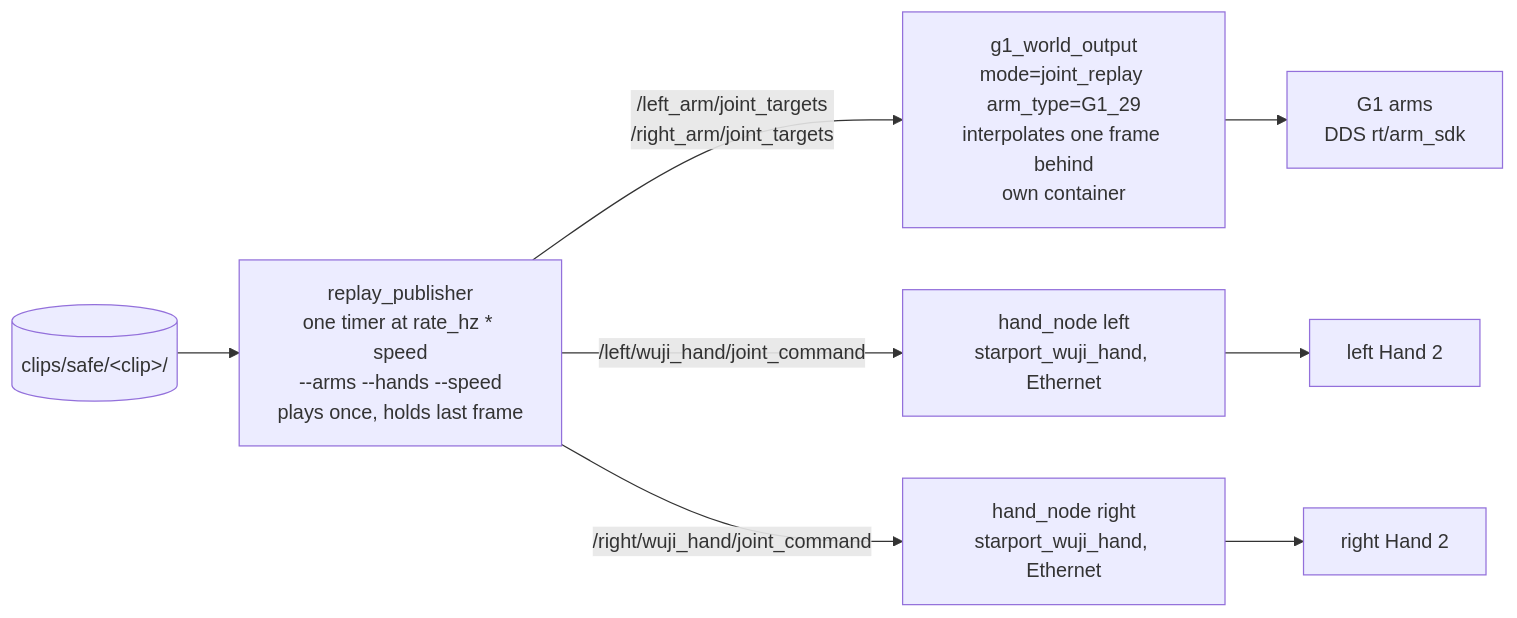
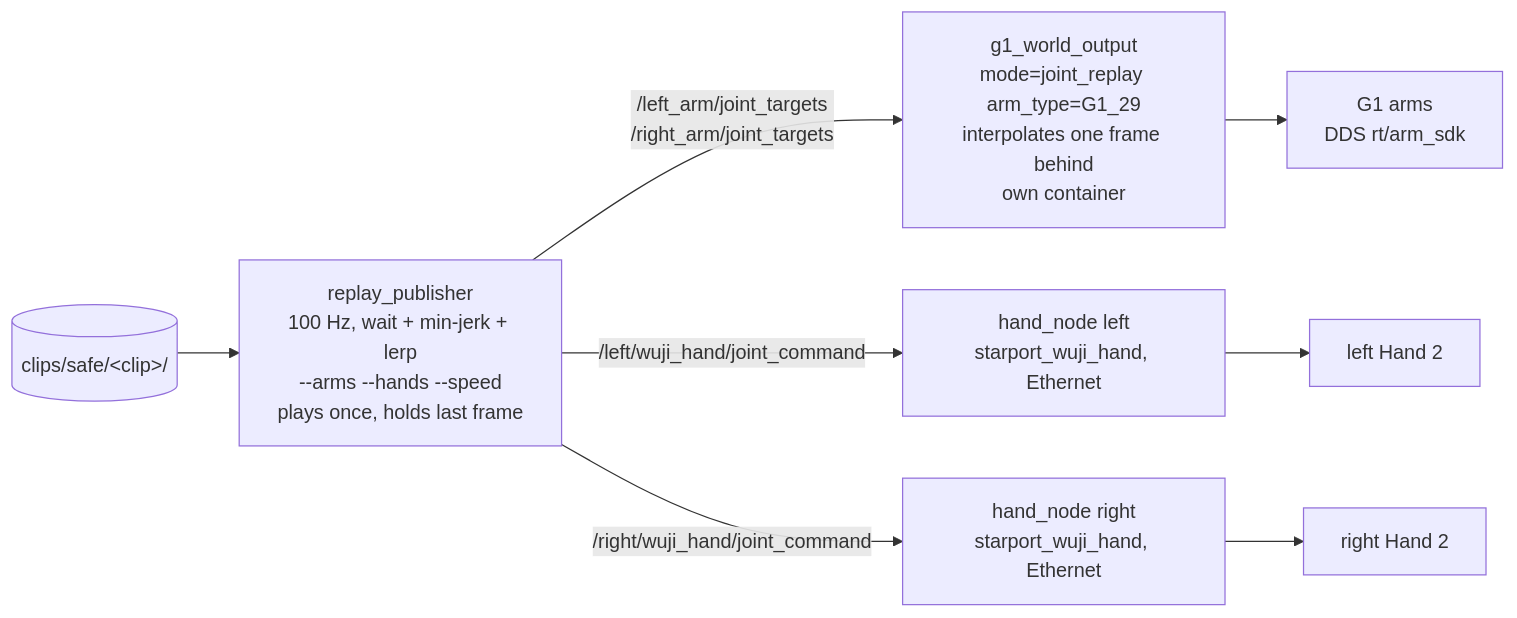
One commit to MSC-Wuji-Teleop/wuji-hand-teleop changed the second of 2 diagrams in docs/spec/spec1.md. Above: the diagram before and after it, drawn with Mermaid. The commit also changed other lines of this file and 12 other files, not shown here.

First line of the commit message:
Integration: wait for consumers, approach frame 0, and interpolate at 100 Hz

````diff
--- a/docs/spec/spec1.md
+++ b/docs/spec/spec1.md
@@ -207,16 +207,16 @@
 ```mermaid
 graph LR
     CLIP[("clips/safe/&lt;clip&gt;/")]
-    PUB["replay_publisher<br/>one timer at rate_hz * speed<br/>--arms --hands --speed<br/>plays once, holds last frame"]
+    PUB["replay_publisher<br/>100 Hz, wait + min-jerk + lerp<br/>--arms --hands --speed<br/>plays once, holds last frame"]
     G1["g1_world_output<br/>mode=joint_replay arm_type=G1_29<br/>interpolates one frame behind<br/>own container"]
     HL["hand_node left<br/>starport_wuji_hand, Ethernet"]
     HR["hand_node right<br/>starport_wuji_hand, Ethernet"]
     DDS["G1 arms<br/>DDS rt/arm_sdk"]
     WL["left Hand 2"]
     WR["right Hand 2"]
 
     CLIP --> PUB
     PUB -->|"/left_arm/joint_targets<br/>/right_arm/joint_targets"| G1 --> DDS
     PUB -->|"/left/wuji_hand/joint_command"| HL --> WL
     PUB -->|"/right/wuji_hand/joint_command"| HR --> WR
 ```
````
